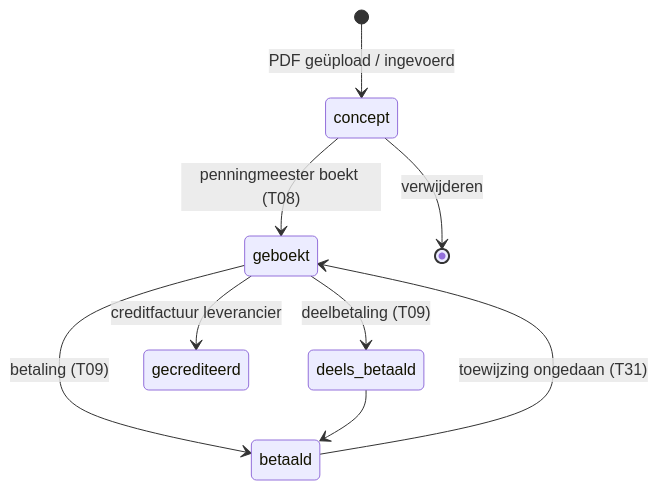
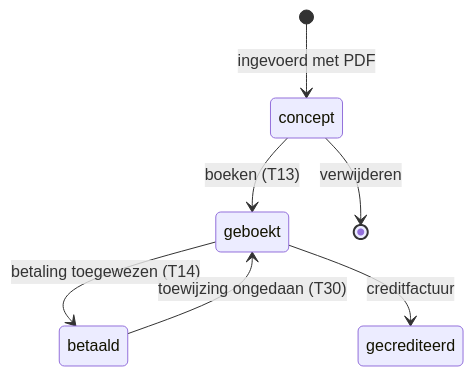
Before and after one commit to Olivierrl19/Boekhouden: the fourth of 6 diagrams in PLAN.md, drawn with Mermaid. The commit also changed other lines of this file and 2 other files, not shown here.

````diff
--- a/PLAN.md
+++ b/PLAN.md
@@ -713,11 +573,9 @@
 ```mermaid
 stateDiagram-v2
-    [*] --> concept: PDF geüpload / ingevoerd
-    concept --> geboekt: penningmeester boekt (T08)
+    [*] --> concept: ingevoerd met PDF
+    concept --> geboekt: boeken (T13)
     concept --> [*]: verwijderen
-    geboekt --> deels_betaald: deelbetaling (T09)
-    geboekt --> betaald: betaling (T09)
-    deels_betaald --> betaald
-    geboekt --> gecrediteerd: creditfactuur leverancier
-    betaald --> geboekt: toewijzing ongedaan (T31)
+    geboekt --> betaald: betaling toegewezen (T14)
+    betaald --> geboekt: toewijzing ongedaan (T30)
+    geboekt --> gecrediteerd: creditfactuur
 ```
````
